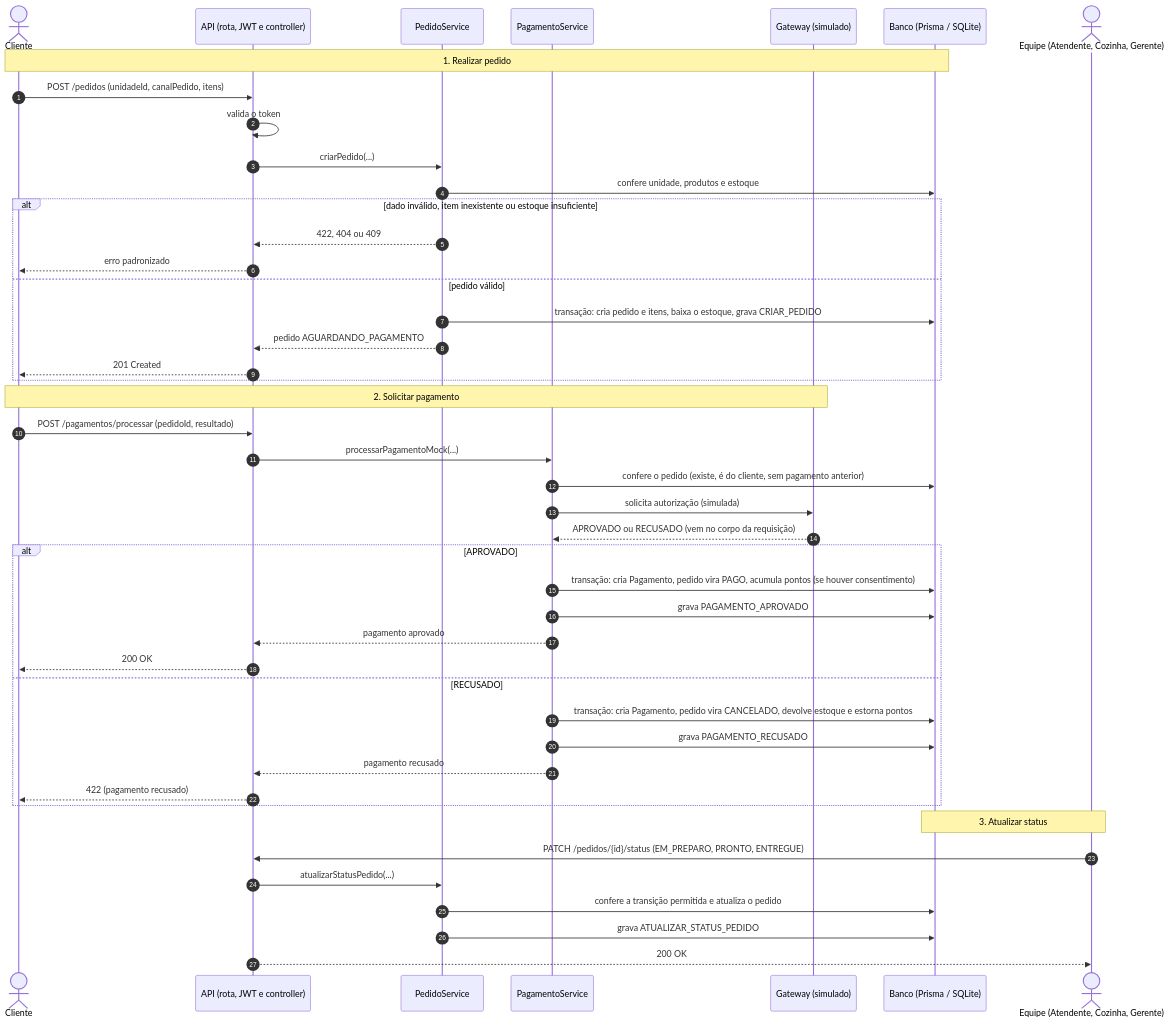
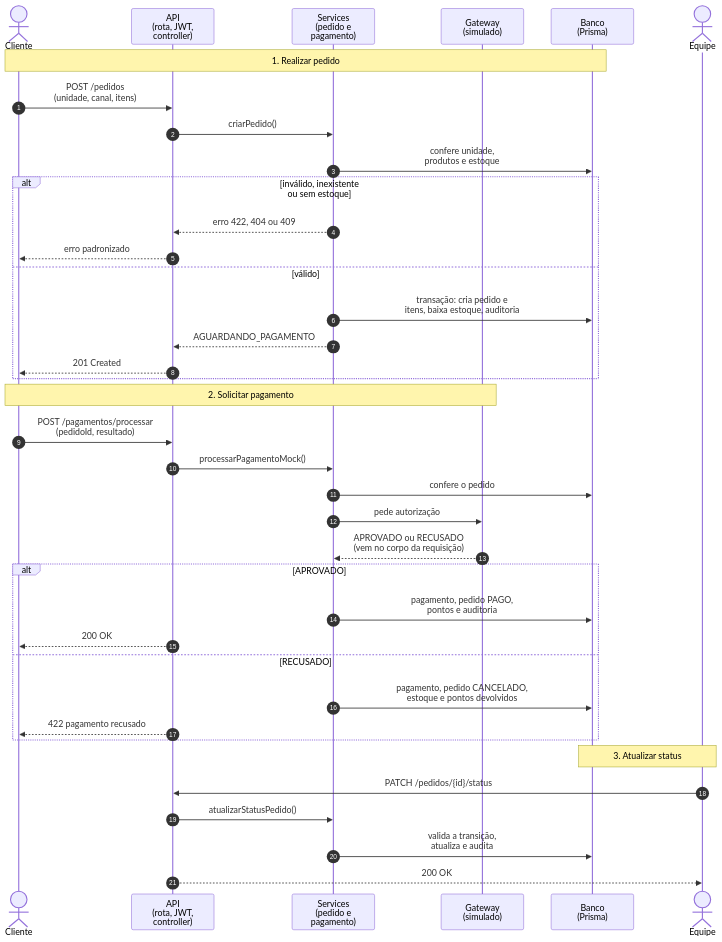
One commit to Pedro-Gabr/raizes-do-nordeste-api changed the diagram in docs/diagramas/sequencia-pedido-pagamento.mmd. Above: the diagram before and after it, drawn with Mermaid. The commit also changed 7 other files, not shown here.

Commit message:
melhor diagrama

```diff
--- a/docs/diagramas/sequencia-pedido-pagamento.mmd
+++ b/docs/diagramas/sequencia-pedido-pagamento.mmd
@@ -1,48 +1,41 @@
 sequenceDiagram
     autonumber
     actor C as Cliente
-    participant A as API (rota, JWT e controller)
-    participant P as PedidoService
-    participant G as PagamentoService
-    participant GW as Gateway (simulado)
-    participant B as Banco (Prisma / SQLite)
-    actor F as Equipe (Atendente, Cozinha, Gerente)
+    participant A as API<br/>(rota, JWT,<br/>controller)
+    participant S as Services<br/>(pedido e<br/>pagamento)
+    participant G as Gateway<br/>(simulado)
+    participant B as Banco<br/>(Prisma)
+    actor E as Equipe
 
     Note over C,B: 1. Realizar pedido
-    C->>A: POST /pedidos (unidadeId, canalPedido, itens)
-    A->>A: valida o token
-    A->>P: criarPedido(...)
-    P->>B: confere unidade, produtos e estoque
-    alt dado inválido, item inexistente ou estoque insuficiente
-        P-->>A: 422, 404 ou 409
+    C->>A: POST /pedidos<br/>(unidade, canal, itens)
+    A->>S: criarPedido()
+    S->>B: confere unidade,<br/>produtos e estoque
+    alt inválido, inexistente<br/>ou sem estoque
+        S-->>A: erro 422, 404 ou 409
         A-->>C: erro padronizado
-    else pedido válido
-        P->>B: transação: cria pedido e itens, baixa o estoque, grava CRIAR_PEDIDO
-        P-->>A: pedido AGUARDANDO_PAGAMENTO
+    else válido
+        S->>B: transação: cria pedido e<br/>itens, baixa estoque, auditoria
+        S-->>A: AGUARDANDO_PAGAMENTO
         A-->>C: 201 Created
     end
 
-    Note over C,GW: 2. Solicitar pagamento
-    C->>A: POST /pagamentos/processar (pedidoId, resultado)
-    A->>G: processarPagamentoMock(...)
-    G->>B: confere o pedido (existe, é do cliente, sem pagamento anterior)
-    G->>GW: solicita autorização (simulada)
-    GW-->>G: APROVADO ou RECUSADO (vem no corpo da requisição)
+    Note over C,G: 2. Solicitar pagamento
+    C->>A: POST /pagamentos/processar<br/>(pedidoId, resultado)
+    A->>S: processarPagamentoMock()
+    S->>B: confere o pedido
+    S->>G: pede autorização
+    G-->>S: APROVADO ou RECUSADO<br/>(vem no corpo da requisição)
     alt APROVADO
-        G->>B: transação: cria Pagamento, pedido vira PAGO, acumula pontos (se houver consentimento)
-        G->>B: grava PAGAMENTO_APROVADO
-        G-->>A: pagamento aprovado
+        S->>B: pagamento, pedido PAGO,<br/>pontos e auditoria
         A-->>C: 200 OK
     else RECUSADO
-        G->>B: transação: cria Pagamento, pedido vira CANCELADO, devolve estoque e estorna pontos
-        G->>B: grava PAGAMENTO_RECUSADO
-        G-->>A: pagamento recusado
-        A-->>C: 422 (pagamento recusado)
+        S->>B: pagamento, pedido CANCELADO,<br/>estoque e pontos devolvidos
+        A-->>C: 422 pagamento recusado
     end
 
-    Note over F,B: 3. Atualizar status
-    F->>A: PATCH /pedidos/{id}/status (EM_PREPARO, PRONTO, ENTREGUE)
-    A->>P: atualizarStatusPedido(...)
-    P->>B: confere a transição permitida e atualiza o pedido
-    P->>B: grava ATUALIZAR_STATUS_PEDIDO
-    A-->>F: 200 OK
+    Note over E,B: 3. Atualizar status
+    E->>A: PATCH /pedidos/{id}/status
+    A->>S: atualizarStatusPedido()
+    S->>B: valida a transição,<br/>atualiza e audita
+    A-->>E: 200 OK
```
